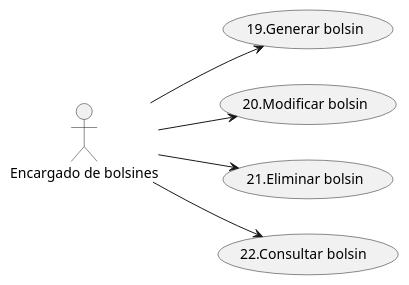
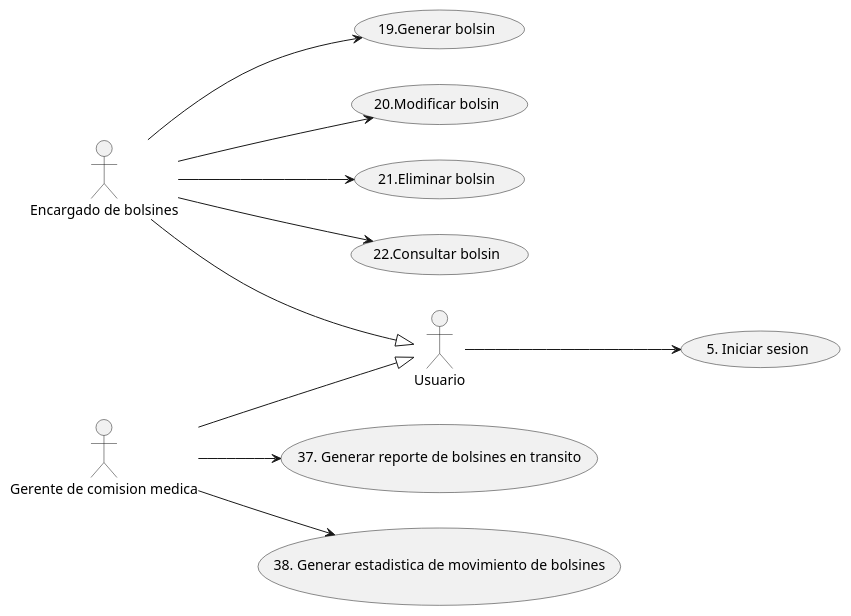
Before and after one commit to FabrizioRava/PPAI-2026-Grupo1: the diagram in vistasArquitectónicas/vistaFuncionalidad.plantuml, drawn with PlantUML. The commit also changed 2 other files, not shown here.

```diff
--- a/vistasArquitectónicas/vistaFuncionalidad.plantuml
+++ b/vistasArquitectónicas/vistaFuncionalidad.plantuml
@@ -1,14 +1,27 @@
 @startuml usecaseDiagram
 left to right direction
 
 actor "Encargado de bolsines" as EB
+actor "Gerente de comision medica" as GM
+actor "Usuario" as U
+
 usecase "19.Generar bolsin" as U19
 usecase "20.Modificar bolsin" as U20
 usecase "21.Eliminar bolsin" as U21
-usecase "22.Consultar bolsin " as U22
+usecase "22.Consultar bolsin" as U22
+usecase "5. Iniciar sesion" as U5
+usecase "37. Generar reporte de bolsines en transito" as U37
+usecase "38. Generar estadistica de movimiento de bolsines" as U38
 
+EB --|>U
+GM --|>U
+
+U --> U5
 EB --> U19
 EB --> U20
 EB --> U21
 EB --> U22
+
+GM --> U37
+GM --> U38
 @enduml
```
